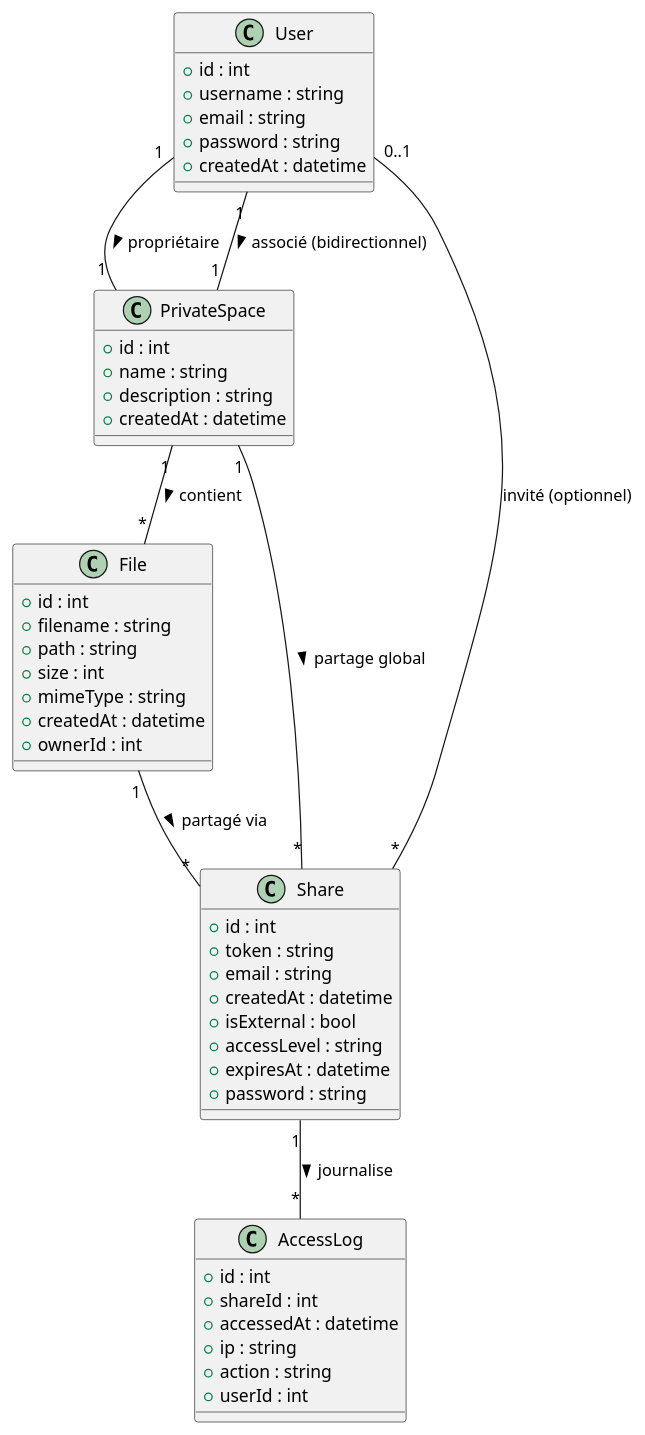
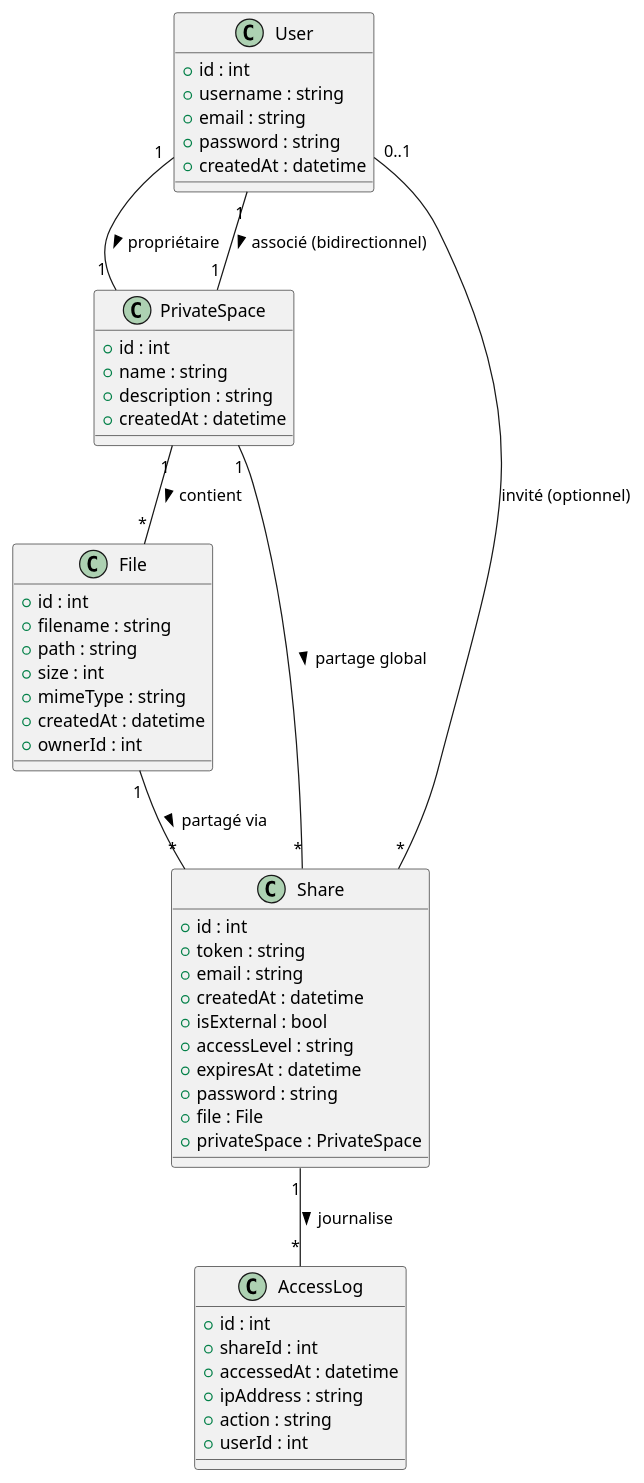
The diagram in classes.puml (ronan-develop/home-cloud), drawn with PlantUML before and after one commit. The commit also changed 2 other files, not shown here.

```diff
--- a/classes.puml
+++ b/classes.puml
@@ -1,64 +1,66 @@
 @startuml HomeCloud
 
 ' Diagramme de classes principal pour Home Cloud (particuliers, partage)
 
 class User {
   +id : int
   +username : string
   +email : string
   +password : string
   +createdAt : datetime
 }
 
 class PrivateSpace {
   +id : int
   +name : string
   +description : string
   +createdAt : datetime
 }
 
 class File {
   +id : int
   +filename : string
   +path : string
   +size : int
   +mimeType : string
   +createdAt : datetime
   +ownerId : int
 }
 
 class Share {
   +id : int
   +token : string
   +email : string
   +createdAt : datetime
   +isExternal : bool
   +accessLevel : string
   +expiresAt : datetime
   +password : string
+  +file : File
+  +privateSpace : PrivateSpace
 }
 
 class AccessLog {
   +id : int
   +shareId : int
   +accessedAt : datetime
-  +ip : string
+  +ipAddress : string
   +action : string
   +userId : int
 }
 
 ' Suppression de Database (l'isolation se fait par base, pas par entité métier)
 
 User "1" -- "1" PrivateSpace : propriétaire >
 PrivateSpace "1" -- "1" User : < associé (bidirectionnel)
 PrivateSpace "1" -- "*" File : contient >
 File "1" -- "*" Share : partagé via >
 PrivateSpace "1" -- "*" Share : partage global >
 Share "*" -- "0..1" User : invité (optionnel)
 Share "1" -- "*" AccessLog : journalise >
 
 ' NOTE: Chaque PrivateSpace est associé à un sous-domaine dédié (multi-tenant applicatif)
 ' L'isolation des données est assurée par la détection du sous-domaine côté Symfony
 ' Un User possède un PrivateSpace, chaque PrivateSpace correspond à un sous-domaine
 
 @enduml
```
